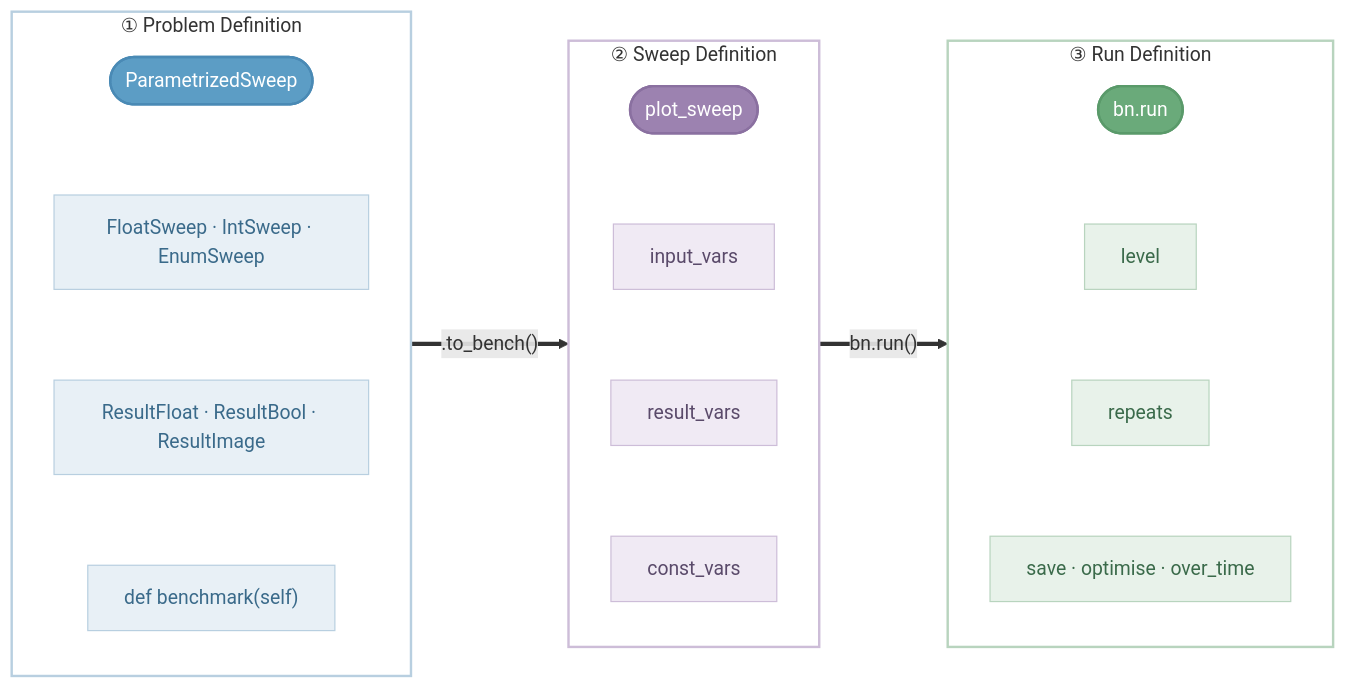
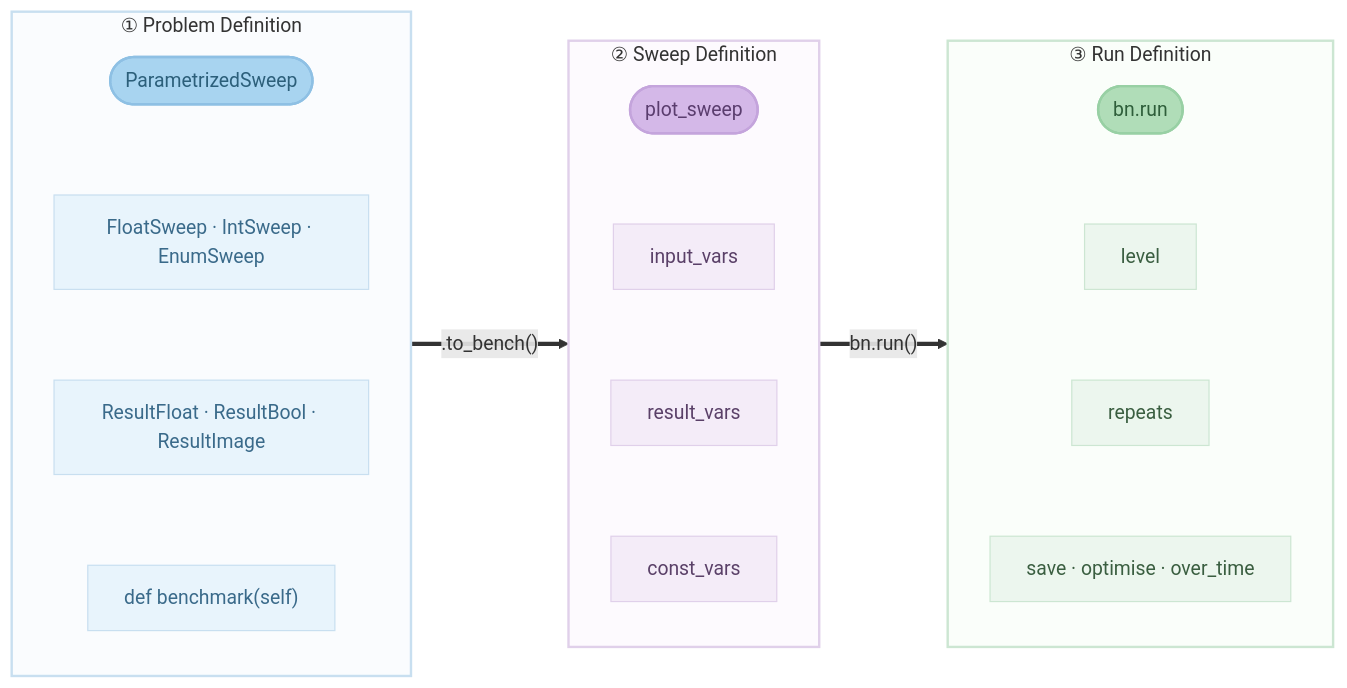
One commit to blooop/bencher changed the diagram in docs/concepts.md. Above: the diagram before and after it, drawn with Mermaid.

Commit message:
docs: use pastel colors for mermaid diagram

````diff
--- a/docs/concepts.md
+++ b/docs/concepts.md
@@ -53,49 +53,49 @@
 ```{mermaid}
 flowchart LR
     subgraph Problem ["① Problem Definition"]
         direction TB
         PS([ParametrizedSweep])
         Inputs[FloatSweep · IntSweep · EnumSweep]
         Results[ResultFloat · ResultBool · ResultImage]
         Fn["def benchmark(self)"]
         PS ~~~ Inputs ~~~ Results ~~~ Fn
     end
 
     subgraph Sweep ["② Sweep Definition"]
         direction TB
         SW([plot_sweep])
         IV[input_vars]
         RV[result_vars]
         CV[const_vars]
         SW ~~~ IV ~~~ RV ~~~ CV
     end
 
     subgraph Run ["③ Run Definition"]
         direction TB
         RN([bn.run])
         Level[level]
         Repeats[repeats]
         Opts[save · optimise · over_time]
         RN ~~~ Level ~~~ Repeats ~~~ Opts
     end
 
     Problem == .to_bench() ==> Sweep == bn.run() ==> Run
 
-    classDef blue fill:#5c9dc5,color:#fff,stroke:#4a8ab5,stroke-width:2px
-    classDef purple fill:#9c82b0,color:#fff,stroke:#8a70a0,stroke-width:2px
-    classDef green fill:#6aaa7a,color:#fff,stroke:#5a9a6a,stroke-width:2px
-    classDef blueLight fill:#e8f0f6,stroke:#b8cfe0,color:#3a6a8a
-    classDef purpleLight fill:#f0eaf4,stroke:#cdbdd8,color:#5a4a6a
-    classDef greenLight fill:#e8f2ea,stroke:#b8d4be,color:#3a6a4a
+    classDef blue fill:#a8d4f0,color:#2c5f7a,stroke:#8ec0e4,stroke-width:2px
+    classDef purple fill:#d4b8e8,color:#5a3d6e,stroke:#c4a4dc,stroke-width:2px
+    classDef green fill:#b0ddb8,color:#2e5e3a,stroke:#98d0a4,stroke-width:2px
+    classDef blueLight fill:#e8f4fc,stroke:#c8dff0,color:#3a6a8a
+    classDef purpleLight fill:#f4ecf8,stroke:#e0d0ea,color:#5a4068
+    classDef greenLight fill:#ecf6ee,stroke:#cce6d2,color:#3a5e40
 
     class PS blue
     class SW purple
     class RN green
     class Inputs,Results,Fn blueLight
     class IV,RV,CV purpleLight
     class Level,Repeats,Opts greenLight
 
-    style Problem fill:#fff,stroke:#b8cfe0,stroke-width:2px
-    style Sweep fill:#fff,stroke:#cdbdd8,stroke-width:2px
-    style Run fill:#fff,stroke:#b8d4be,stroke-width:2px
+    style Problem fill:#fafcfe,stroke:#c8dff0,stroke-width:2px
+    style Sweep fill:#fdfafe,stroke:#e0d0ea,stroke-width:2px
+    style Run fill:#fafefa,stroke:#cce6d2,stroke-width:2px
 ```
````
